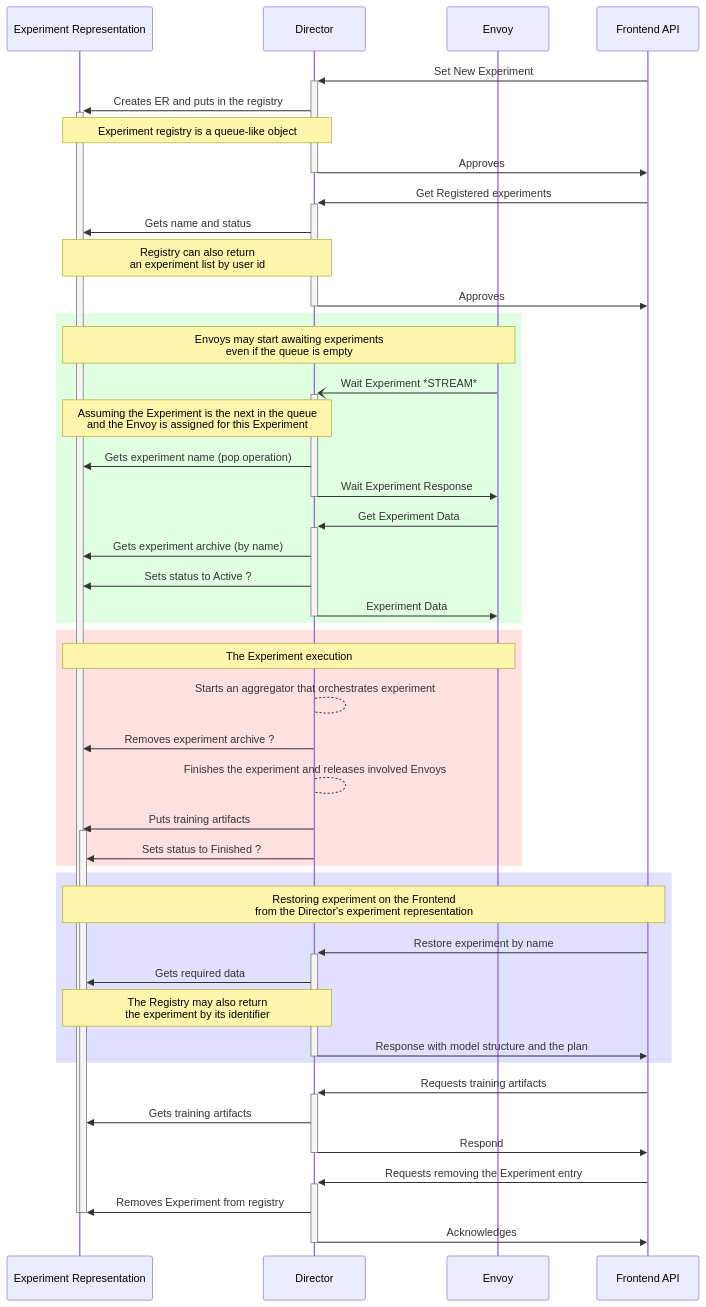
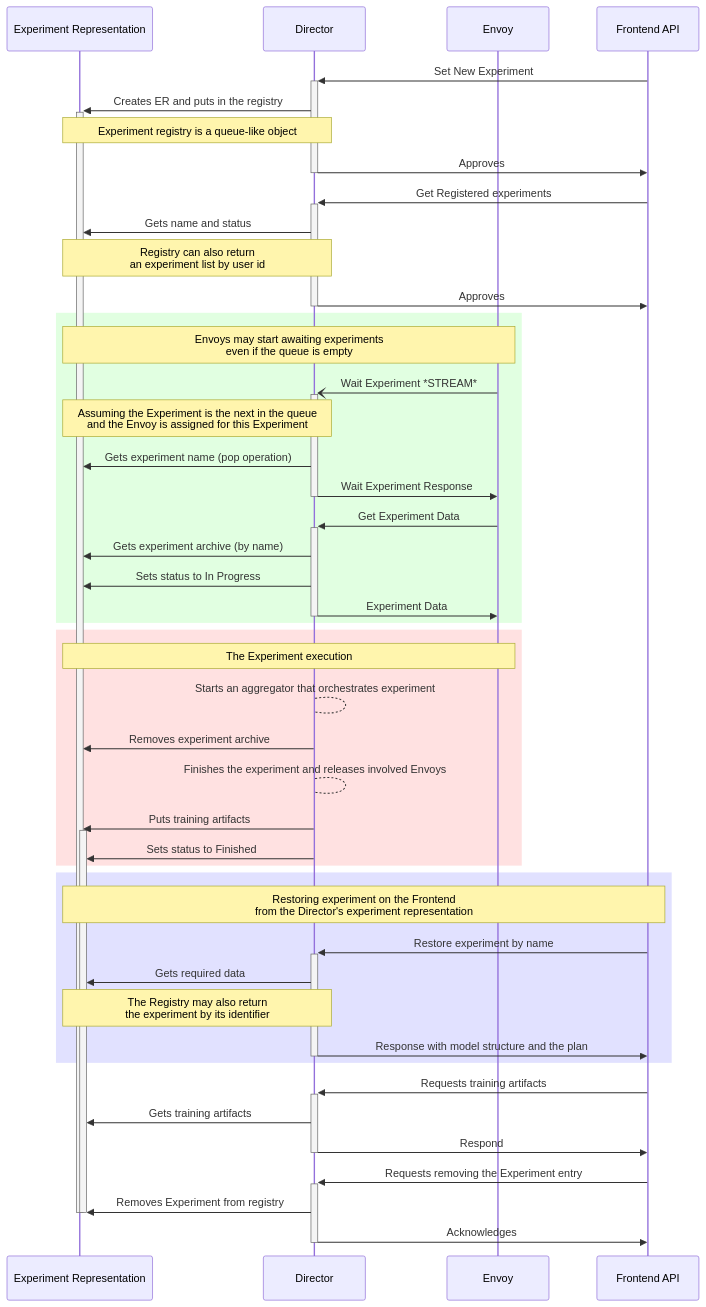
One commit to securefederatedai/openfl changed the diagram in docs/source/openfl/experiment_representation_and_RPCs.mmd. Above: the diagram before and after it, drawn with Mermaid. The commit also changed 1 other file, not shown here.

```diff
--- a/docs/source/openfl/experiment_representation_and_RPCs.mmd
+++ b/docs/source/openfl/experiment_representation_and_RPCs.mmd
@@ -1,58 +1,58 @@
 sequenceDiagram
   participant ER as Experiment Representation
   participant D as Director
   participant E as Envoy
   participant F as Frontend API
 
   F->>+D: Set New Experiment
   D->>+ER: Creates ER and puts in the registry
   note over ER,D: Experiment registry is a queue-like object
   D->>-F: Approves
 
   F->>+D: Get Registered experiments
   D->>ER: Gets name and status
   note over ER,D: Registry can also return <br>an experiment list by user id
   D->>-F: Approves
 
   rect rgb(225, 255, 225)
     note over ER,E: Envoys may start awaiting experiments <br>even if the queue is empty
     E-)+D: Wait Experiment *STREAM*
     note over ER,D: Assuming the Experiment is the next in the queue <br>and the Envoy is assigned for this Experiment
     D->>ER: Gets experiment name (pop operation)
     D->>-E: Wait Experiment Response
 
     E->>+D: Get Experiment Data
     D->>ER: Gets experiment archive (by name)
-    D->>ER: Sets status to Active ?
+    D->>ER: Sets status to In Progress
     D->>-E: Experiment Data
   end
 
   rect rgb(255, 225, 225)
   note over ER,E: The Experiment execution
     D-->D: Starts an aggregator that orchestrates experiment
-    D->>ER: Removes experiment archive ?
+    D->>ER: Removes experiment archive
     D-->D: Finishes the experiment and releases involved Envoys
     D->>+ER: Puts training artifacts
-    D->>ER: Sets status to Finished ?
+    D->>ER: Sets status to Finished
   end
 
   rect rgb(225, 225, 255)
     note over ER,F: Restoring experiment on the Frontend <br>from the Director's experiment representation
     F->>+D: Restore experiment by name
     D->>ER: Gets required data
     note over ER,D: The Registry may also return <br>the experiment by its identifier
     D->>-F: Response with model structure and the plan
   end
 
 
   F->>+D: Requests training artifacts
   D->>ER: Gets training artifacts
   D->>-F: Respond
 
   F->>+D: Requests removing the Experiment entry
   D->>ER: Removes Experiment from registry
 
   deactivate ER
   deactivate ER
 
   D->>-F: Acknowledges
```
